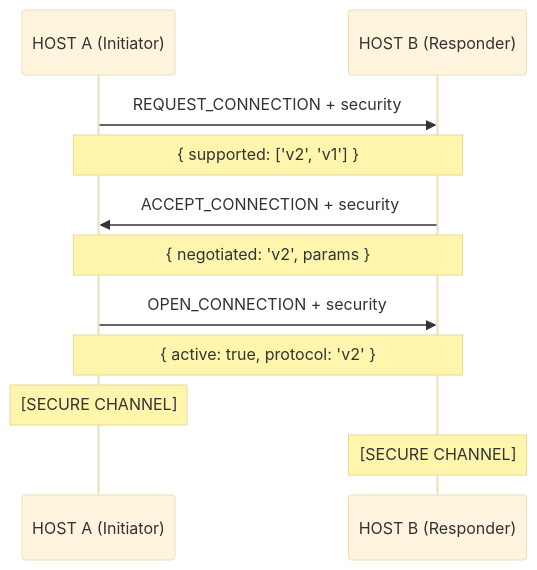
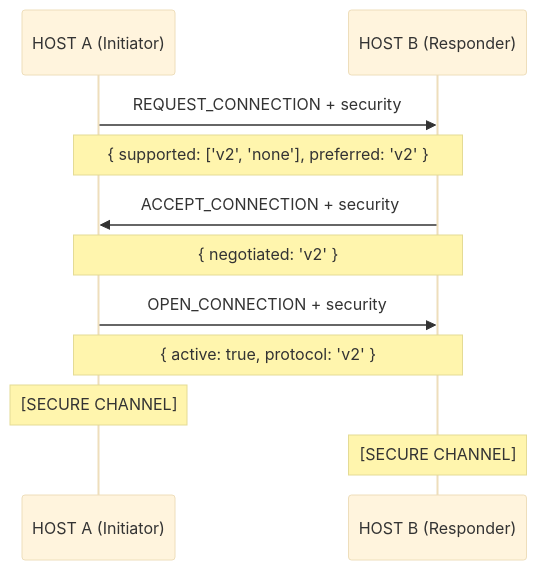
One commit to AndrewRedican/hyperfrontend changed the seventh of 8 diagrams in libs/nexus/ARCHITECTURE.md. Above: the diagram before and after it, drawn with Mermaid. The commit also changed other lines of this file and 1 other file, not shown here.

Commit message:
docs(lib-nexus): move protocol depth into the architecture guide

````diff
--- a/libs/nexus/ARCHITECTURE.md
+++ b/libs/nexus/ARCHITECTURE.md
@@ -536,20 +613,20 @@
 ```mermaid
 ---
 config:
   theme: base
   themeVariables:
     fontSize: 12px
 ---
 sequenceDiagram
     participant HostA as HOST A (Initiator)
     participant HostB as HOST B (Responder)
 
     HostA->>HostB: REQUEST_CONNECTION + security
-    Note over HostA,HostB: { supported: ['v2', 'v1'] }
+    Note over HostA,HostB: { supported: ['v2', 'none'], preferred: 'v2' }
     HostB->>HostA: ACCEPT_CONNECTION + security
-    Note over HostA,HostB: { negotiated: 'v2', params }
+    Note over HostA,HostB: { negotiated: 'v2' }
     HostA->>HostB: OPEN_CONNECTION + security
     Note over HostA,HostB: { active: true, protocol: 'v2' }
     Note over HostA: [SECURE CHANNEL]
     Note over HostB: [SECURE CHANNEL]
 ```
````
